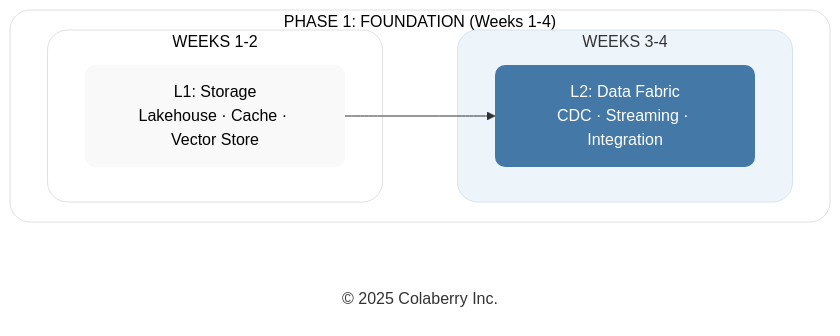
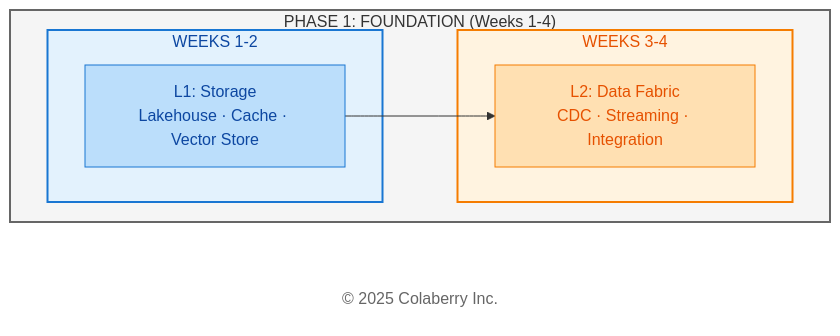
One commit to saitejesh-cyber/trust-before-intelligence-book changed the third of 7 diagrams in manuscript/11_chapter_10_week_by_week_implementation.md. Above: the diagram before and after it, drawn with Mermaid. The commit also changed other lines of this file and 12 other files, not shown here.

Commit message:
Restore legacy Mermaid styles for Option 1

````diff
--- a/manuscript/11_chapter_10_week_by_week_implementation.md
+++ b/manuscript/11_chapter_10_week_by_week_implementation.md
@@ -194,26 +194,26 @@
 ```mermaid
 
 graph LR
     subgraph PHASE1["PHASE 1: FOUNDATION (Weeks 1-4)"]
         direction LR
         subgraph WEEK12["WEEKS 1-2"]
             L1["L1: Storage<br/>Lakehouse · Cache · Vector Store"]
         end
         
         subgraph WEEK34["WEEKS 3-4"]
             L2["L2: Data Fabric<br/>CDC · Streaming · Integration"]
         end
     end
     
     Copyright["© 2025 Colaberry Inc."]
     
     L1 --> L2
     
-    style PHASE1 fill:#ffffff,stroke:#e0e0e0,stroke-width:1px,color:#000000,rx:20,ry:20
-    style WEEK12 fill:#ffffff,stroke:#e0e0e0,stroke-width:1px,color:#000000,rx:20,ry:20
-    style WEEK34 fill:#edf4fa,stroke:#d6e4f2,stroke-width:1px,color:#333333,rx:20,ry:20
-    style L1 fill:#f9f9f9,stroke:none,color:#000000,rx:10,ry:10
-    style L2 fill:#4478A6,stroke:none,color:#ffffff,rx:10,ry:10
-    style Copyright fill:none,stroke:none,color:#333333
+    style PHASE1 fill:#f5f5f5,stroke:#666666,stroke-width:2px,color:#333333
+    style WEEK12 fill:#e3f2fd,stroke:#1976d2,stroke-width:2px,color:#0d47a1
+    style WEEK34 fill:#fff3e0,stroke:#f57c00,stroke-width:2px,color:#e65100
+    style L1 fill:#bbdefb,stroke:#1976d2,color:#0d47a1
+    style L2 fill:#ffe0b2,stroke:#f57c00,color:#e65100
+    style Copyright fill:#ffffff,stroke:none,color:#666666
 
 ```
````
